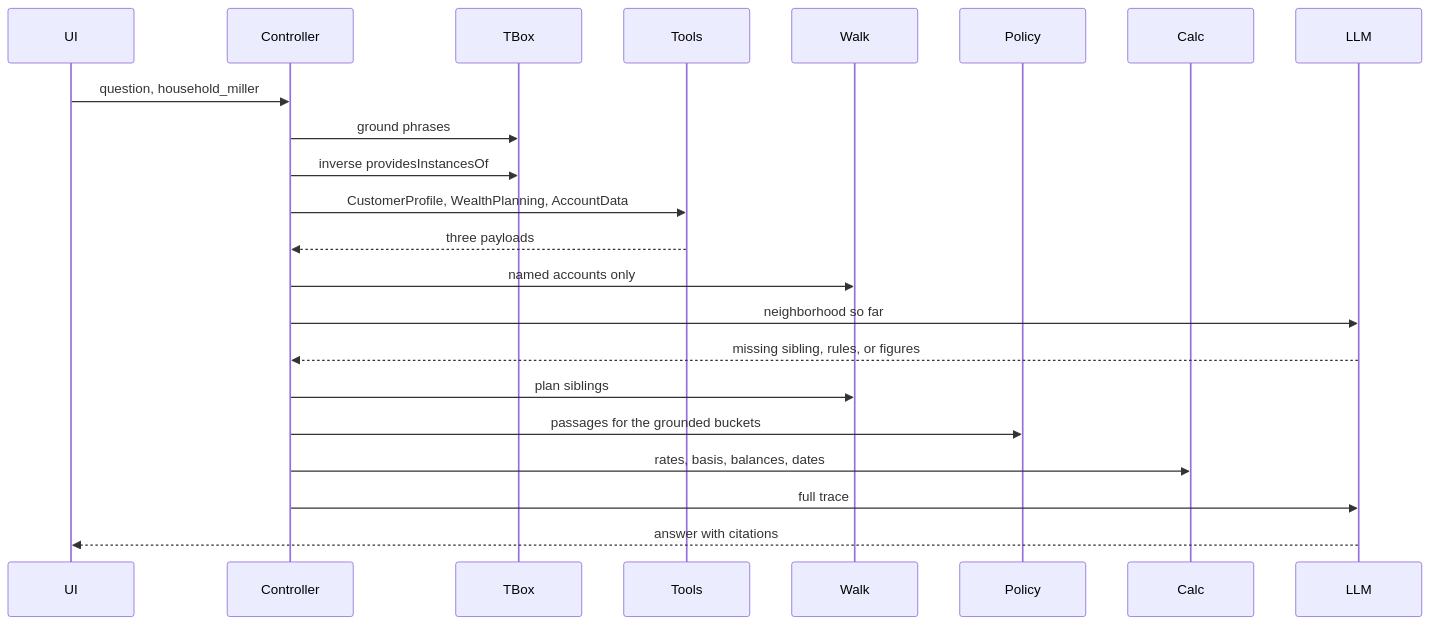
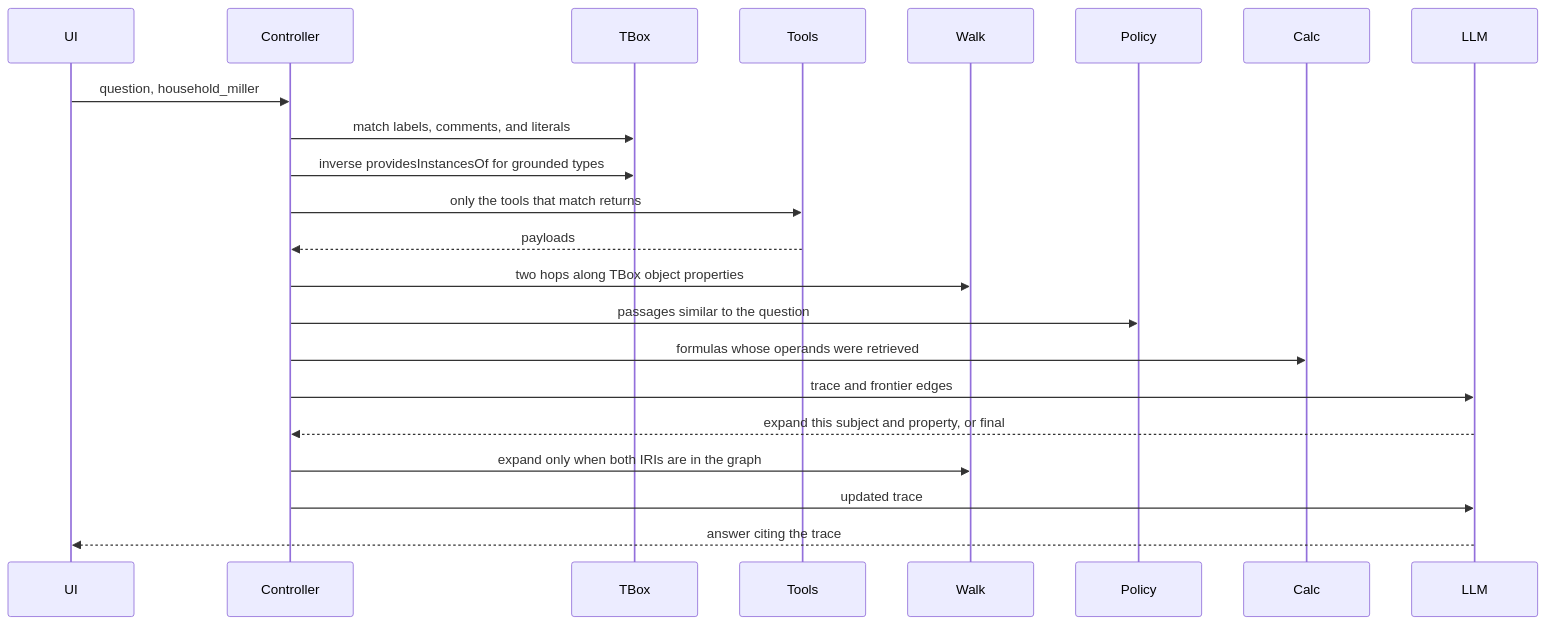
The diagram in demo/README.md (mevansam/wealth-planning-semantic-layer), drawn with Mermaid before and after one commit. The commit also changed other lines of this file, not shown here.

Commit message:
Revise demo README.md to enhance clarity on question processing and intent checks, replacing the question catalog with question checks and detailing the grounding and retrieval processes for improved understanding of application behavior.

````diff
--- a/demo/README.md
+++ b/demo/README.md
@@ -129,25 +128,25 @@
 ```mermaid
 sequenceDiagram
   participant UI
   participant Controller
   participant TBox
   participant Tools
   participant Walk
   participant Policy
   participant Calc
   participant LLM
 
   UI->>Controller: question, household_miller
-  Controller->>TBox: ground phrases
-  Controller->>TBox: inverse providesInstancesOf
-  Controller->>Tools: CustomerProfile, WealthPlanning, AccountData
-  Tools-->>Controller: three payloads
-  Controller->>Walk: named accounts only
-  Controller->>LLM: neighborhood so far
-  LLM-->>Controller: missing sibling, rules, or figures
-  Controller->>Walk: plan siblings
-  Controller->>Policy: passages for the grounded buckets
-  Controller->>Calc: rates, basis, balances, dates
-  Controller->>LLM: full trace
-  LLM-->>UI: answer with citations
+  Controller->>TBox: match labels, comments, and literals
+  Controller->>TBox: inverse providesInstancesOf for grounded types
+  Controller->>Tools: only the tools that match returns
+  Tools-->>Controller: payloads
+  Controller->>Walk: two hops along TBox object properties
+  Controller->>Policy: passages similar to the question
+  Controller->>Calc: formulas whose operands were retrieved
+  Controller->>LLM: trace and frontier edges
+  LLM-->>Controller: expand this subject and property, or final
+  Controller->>Walk: expand only when both IRIs are in the graph
+  Controller->>LLM: updated trace
+  LLM-->>UI: answer citing the trace
 ```
````
